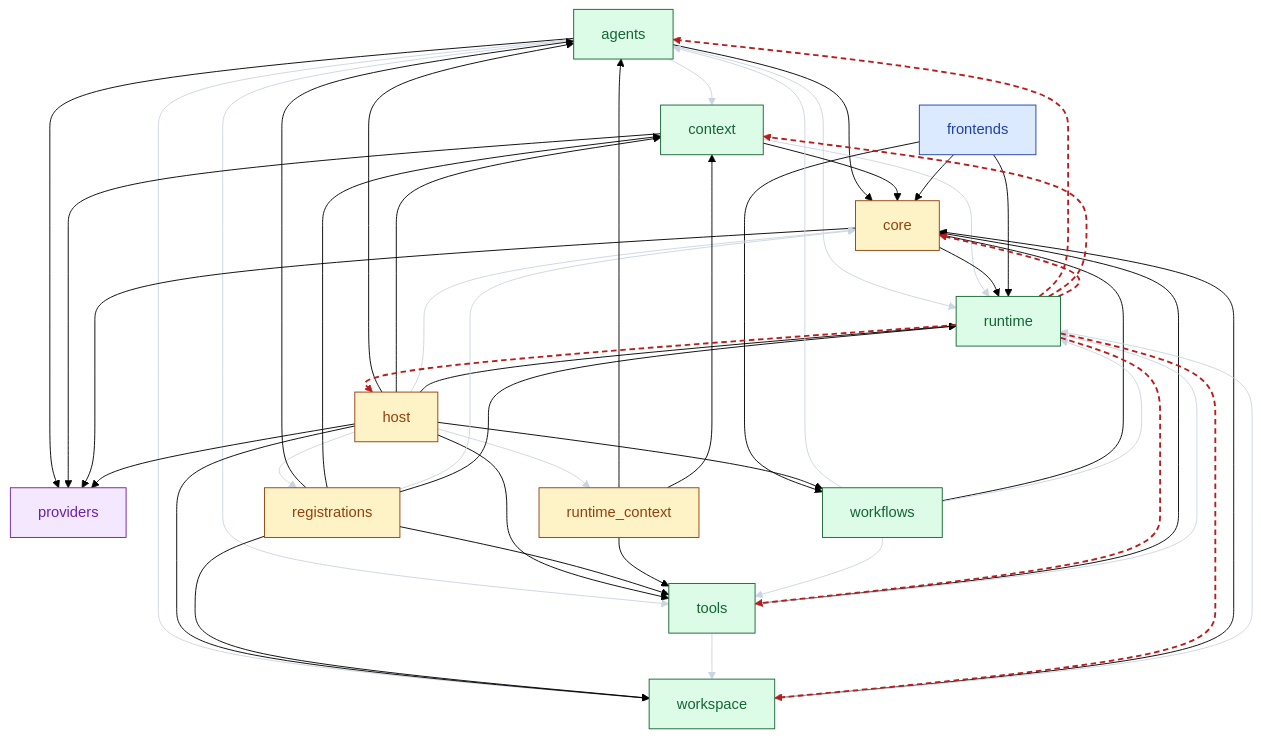
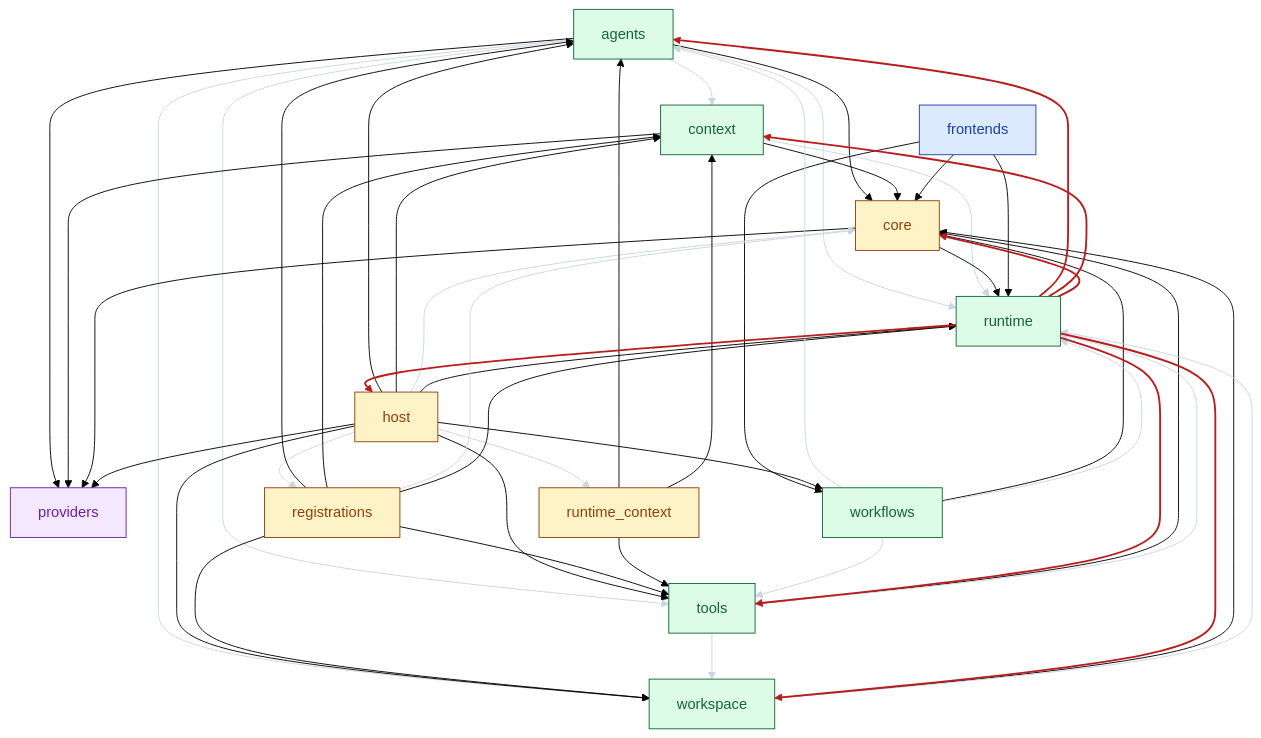
Before and after one commit to liminggao1/CodeFox: the diagram in docs/architecture/deps.mmd, drawn with Mermaid (forest theme). The commit also changed 2 other files, not shown here.

Commit message:
docs(architecture): 明确依赖图红线含义并统一回边线型
图例只写「红色虚线=循环依赖」，但脚本把回边同时写成点线 -.-> 并在
linkStyle 里设 stroke-dasharray，Mermaid 对较长边会覆盖该样式，导致 6 条
红边里 4 条渲染成实线，图例与图对不上。

回边统一改为红色实线（实测 6 条均稳定渲染），图例改述为「回边：指向层序
上方的反馈边」，并在循环依赖段说明红边是贪心挑出的反馈边集合、收敛目标
即消除这些回边。重新生成 deps.md 与 deps.mmd。

```diff
--- a/docs/architecture/deps.mmd
+++ b/docs/architecture/deps.mmd
@@ -1,87 +1,87 @@
 graph TD
     classDef 入口 fill:#dbeafe,stroke:#1e40af,color:#1e40af
     classDef 装配 fill:#fef3c7,stroke:#92400e,color:#92400e
     classDef 核心 fill:#dcfce7,stroke:#166534,color:#166534
     classDef 底层 fill:#f3e8ff,stroke:#6b21a8,color:#6b21a8
     classDef 其他 fill:#e2e8f0,stroke:#475569,color:#334155
     agents --> context
     agents --> core
     agents --> providers
     agents --> runtime
     agents --> tools
     agents --> workspace
     context --> core
     context --> providers
     context --> runtime
     core --> providers
     core --> runtime
     frontends --> core
     frontends --> runtime
     frontends --> workflows
     host --> agents
     host --> context
     host --> core
     host --> providers
     host --> registrations
     host --> runtime
     host --> runtime_context
     host --> tools
     host --> workflows
     host --> workspace
     registrations --> agents
     registrations --> context
     registrations --> core
     registrations --> runtime
     registrations --> tools
     registrations --> workspace
     runtime_context --> agents
     runtime_context --> context
     runtime_context --> tools
     tools --> core
     tools --> runtime
     tools --> workspace
     workflows --> agents
     workflows --> core
     workflows --> runtime
     workflows --> tools
     workspace --> core
     workspace --> runtime
-    runtime -.-> agents
-    runtime -.-> context
-    runtime -.-> core
-    runtime -.-> host
-    runtime -.-> tools
-    runtime -.-> workspace
+    runtime --> agents
+    runtime --> context
+    runtime --> core
+    runtime --> host
+    runtime --> tools
+    runtime --> workspace
     class agents 核心
     class context 核心
     class core 装配
     class frontends 入口
     class host 装配
     class providers 底层
     class registrations 装配
     class runtime 核心
     class runtime_context 装配
     class tools 核心
     class workflows 核心
     class workspace 核心
     linkStyle 0 stroke:#cbd5e1,stroke-width:1px
     linkStyle 3 stroke:#cbd5e1,stroke-width:1px
     linkStyle 4 stroke:#cbd5e1,stroke-width:1px
     linkStyle 5 stroke:#cbd5e1,stroke-width:1px
     linkStyle 8 stroke:#cbd5e1,stroke-width:1px
     linkStyle 16 stroke:#cbd5e1,stroke-width:1px
     linkStyle 18 stroke:#cbd5e1,stroke-width:1px
     linkStyle 20 stroke:#cbd5e1,stroke-width:1px
     linkStyle 26 stroke:#cbd5e1,stroke-width:1px
     linkStyle 34 stroke:#cbd5e1,stroke-width:1px
     linkStyle 35 stroke:#cbd5e1,stroke-width:1px
     linkStyle 36 stroke:#cbd5e1,stroke-width:1px
     linkStyle 38 stroke:#cbd5e1,stroke-width:1px
     linkStyle 39 stroke:#cbd5e1,stroke-width:1px
     linkStyle 41 stroke:#cbd5e1,stroke-width:1px
-    linkStyle 42 stroke:#b91c1c,stroke-width:2px,stroke-dasharray:6 4
-    linkStyle 43 stroke:#b91c1c,stroke-width:2px,stroke-dasharray:6 4
-    linkStyle 44 stroke:#b91c1c,stroke-width:2px,stroke-dasharray:6 4
-    linkStyle 45 stroke:#b91c1c,stroke-width:2px,stroke-dasharray:6 4
-    linkStyle 46 stroke:#b91c1c,stroke-width:2px,stroke-dasharray:6 4
-    linkStyle 47 stroke:#b91c1c,stroke-width:2px,stroke-dasharray:6 4
+    linkStyle 42 stroke:#b91c1c,stroke-width:2px
+    linkStyle 43 stroke:#b91c1c,stroke-width:2px
+    linkStyle 44 stroke:#b91c1c,stroke-width:2px
+    linkStyle 45 stroke:#b91c1c,stroke-width:2px
+    linkStyle 46 stroke:#b91c1c,stroke-width:2px
+    linkStyle 47 stroke:#b91c1c,stroke-width:2px
```
